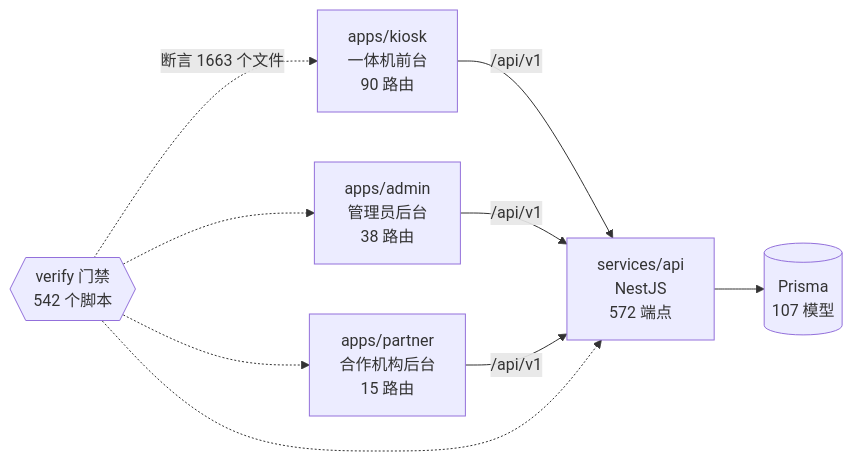
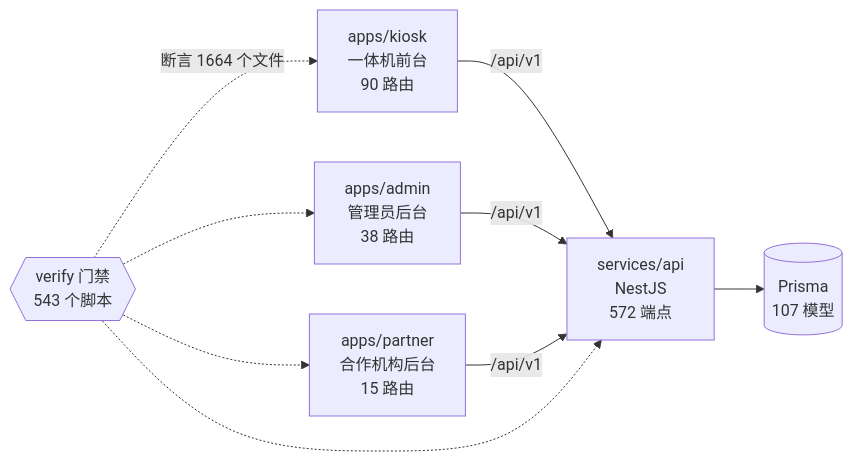
Before and after one commit to wanglei581/YITIJI: the diagram in docs/graph/README.md, drawn with Mermaid. The commit also changed other lines of this file and 1 other file, not shown here.

Commit message:
chore(graph): #1099 重叠到 d7d98340c 后重新生成图谱

````diff
--- a/docs/graph/README.md
+++ b/docs/graph/README.md
@@ -68,18 +68,18 @@
 ```mermaid
 flowchart LR
   kiosk["apps/kiosk<br/>一体机前台<br/>90 路由"]
   admin["apps/admin<br/>管理员后台<br/>38 路由"]
   partner["apps/partner<br/>合作机构后台<br/>15 路由"]
   api["services/api<br/>NestJS<br/>572 端点"]
   db[("Prisma<br/>107 模型")]
-  gates{{"verify 门禁<br/>542 个脚本"}}
+  gates{{"verify 门禁<br/>543 个脚本"}}
 
   kiosk -->|"/api/v1"| api
   admin -->|"/api/v1"| api
   partner -->|"/api/v1"| api
   api --> db
-  gates -.->|"断言 1663 个文件"| kiosk
+  gates -.->|"断言 1664 个文件"| kiosk
   gates -.-> admin
   gates -.-> partner
   gates -.-> api
 ```
````
